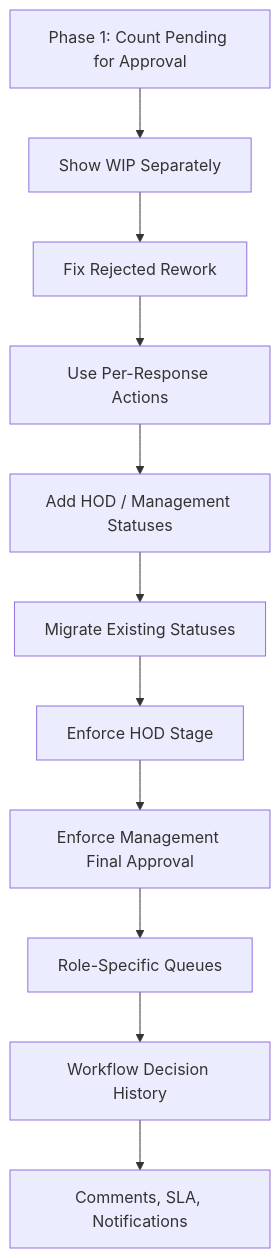
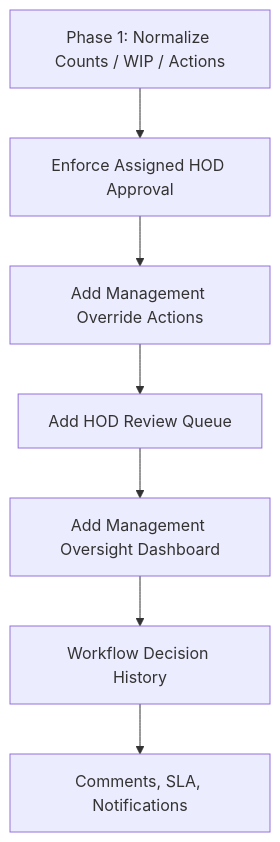
The second of 3 diagrams in WORKFLOW_IMPLEMENTATION_PLAN.md (TheSyntaxWriter/QCMS), drawn with Mermaid before and after one commit. The commit also changed other lines of this file and 1 other file, not shown here.

Commit message:
Update workflow design for HOD approval model

````diff
--- a/WORKFLOW_IMPLEMENTATION_PLAN.md
+++ b/WORKFLOW_IMPLEMENTATION_PLAN.md
@@ -569,13 +469,9 @@
 ```mermaid
 flowchart TD
-    P1A["Phase 1: Count Pending for Approval"] --> P1B["Show WIP Separately"]
-    P1B --> P1C["Fix Rejected Rework"]
-    P1C --> P1D["Use Per-Response Actions"]
-    P1D --> P2A["Add HOD / Management Statuses"]
-    P2A --> P2B["Migrate Existing Statuses"]
-    P2B --> P2C["Enforce HOD Stage"]
-    P2C --> P2D["Enforce Management Final Approval"]
-    P2D --> P2E["Role-Specific Queues"]
-    P2E --> P3A["Workflow Decision History"]
+    P1A["Phase 1: Normalize Counts / WIP / Actions"] --> P2A["Enforce Assigned HOD Approval"]
+    P2A --> P2B["Add Management Override Actions"]
+    P2B --> P2C["Add HOD Review Queue"]
+    P2C --> P2D["Add Management Oversight Dashboard"]
+    P2D --> P3A["Workflow Decision History"]
     P3A --> P3B["Comments, SLA, Notifications"]
 ```
````
